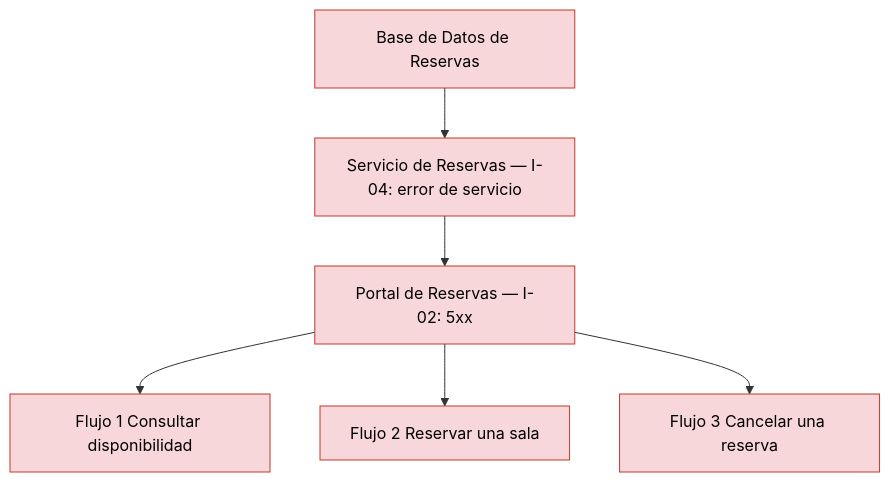
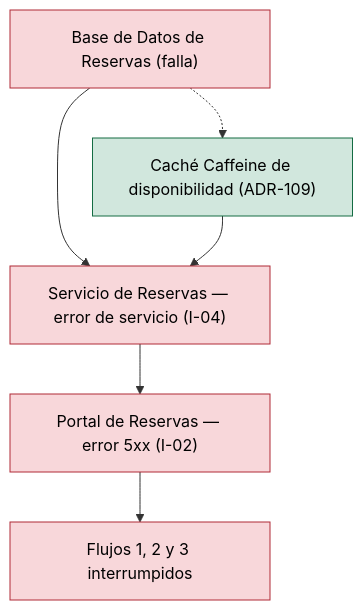
The second of 3 diagrams in analysis/BLAST-RADIUS-2026-11-03.md (shadowX4fox/northwind-reservas), drawn with Mermaid before and after one commit. The commit also changed other lines of this file and 7 other files, not shown here.

````diff
--- a/analysis/BLAST-RADIUS-2026-11-03.md
+++ b/analysis/BLAST-RADIUS-2026-11-03.md
@@ -60,16 +57,15 @@
 ```mermaid
 flowchart TB
-  DB["Base de Datos de Reservas"]:::cascading
-  SVC["Servicio de Reservas — I-04: error de servicio"]:::cascading
-  PORTAL["Portal de Reservas — I-02: 5xx"]:::cascading
-  F1["Flujo 1 Consultar disponibilidad"]:::cascading
-  F2["Flujo 2 Reservar una sala"]:::cascading
-  F3["Flujo 3 Cancelar una reserva"]:::cascading
+  DB["Base de Datos de Reservas (falla)"]:::cascading
+  SVC["Servicio de Reservas — error de servicio (I-04)"]:::cascading
+  CACHE["Caché Caffeine de disponibilidad (ADR-109)"]:::contained
+  PORTAL["Portal de Reservas — error 5xx (I-02)"]:::cascading
+  F["Flujos 1, 2 y 3 interrumpidos"]:::cascading
   DB --> SVC
+  DB -.-> CACHE
+  CACHE --> SVC
   SVC --> PORTAL
-  PORTAL --> F1
-  PORTAL --> F2
-  PORTAL --> F3
-  classDef cascading fill:#f8d7da,stroke:#c0392b,color:#000
-  classDef contained fill:#d4edda,stroke:#27ae60,color:#000
+  PORTAL --> F
+  classDef cascading fill:#f8d7da,stroke:#b02a37,color:#000
+  classDef contained fill:#d1e7dd,stroke:#146c43,color:#000
 ```
````
